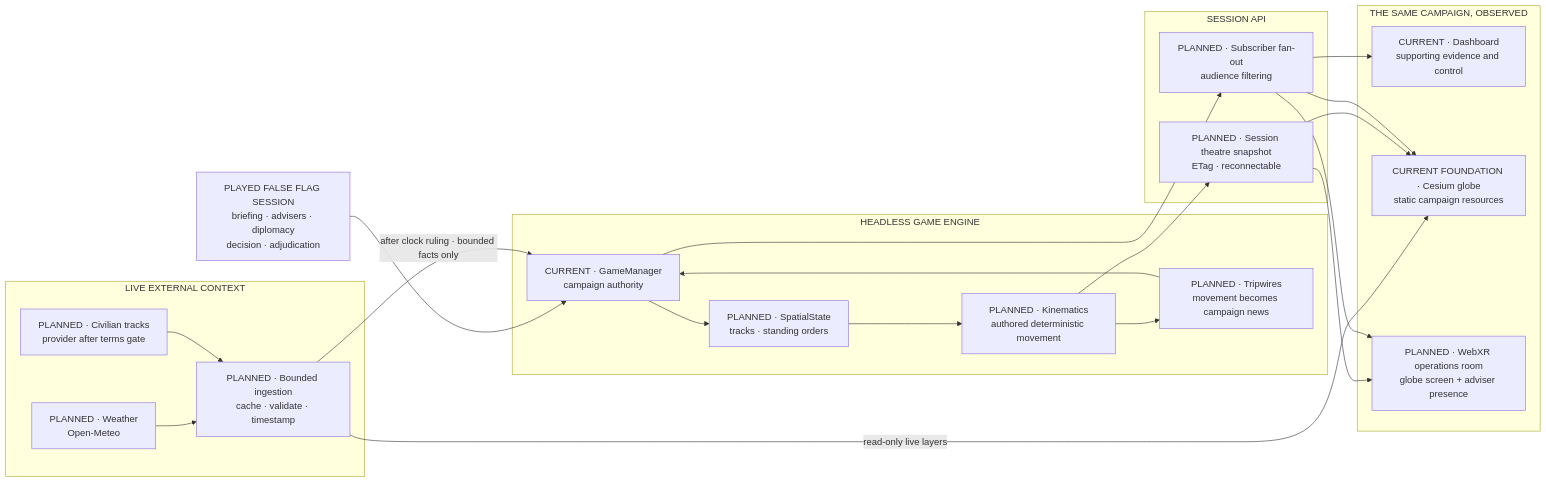
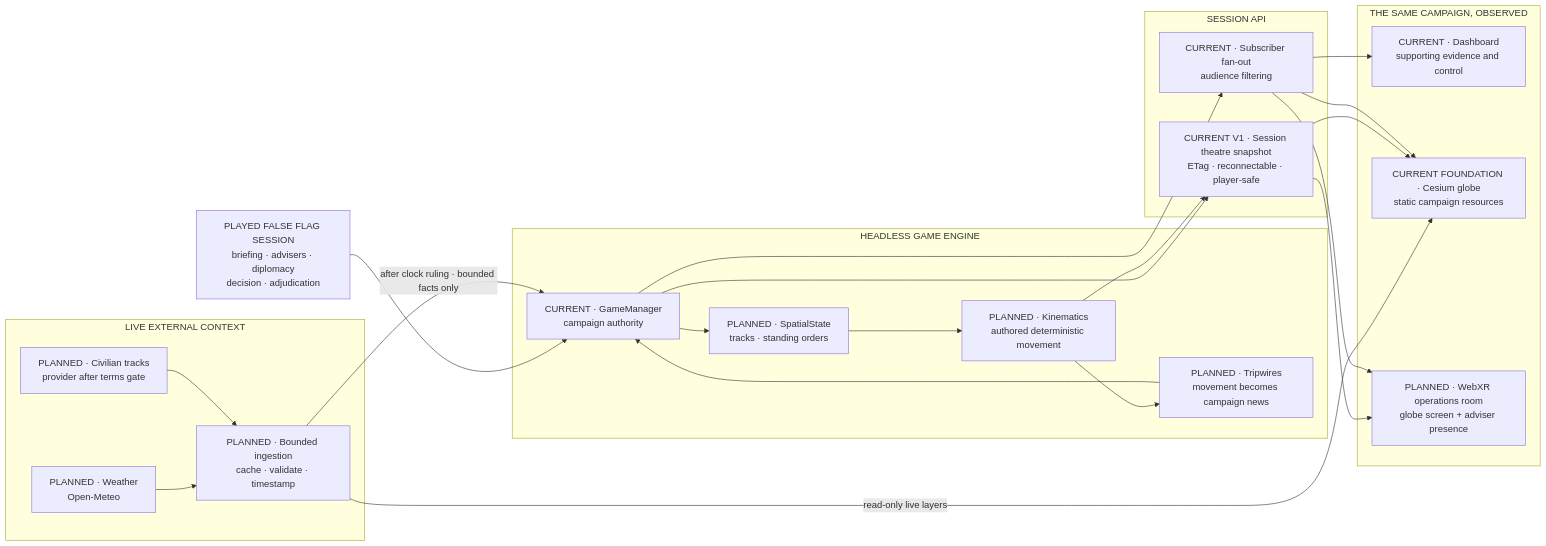
One commit to earlyprototype/false-flag changed the first of 6 diagrams in docs/XR_GLOBE_COMPONENT_MAP.md. Above: the diagram before and after it, drawn with Mermaid. The commit also changed 11 other files, not shown here.

Commit message:
feat: publish session theatre snapshot

````diff
--- a/docs/XR_GLOBE_COMPONENT_MAP.md
+++ b/docs/XR_GLOBE_COMPONENT_MAP.md
@@ -9,42 +9,43 @@
 ```mermaid
 flowchart LR
   PLAYER["PLAYED FALSE FLAG SESSION\nbriefing · advisers · diplomacy\ndecision · adjudication"]
 
   subgraph ENGINE["HEADLESS GAME ENGINE"]
     GM["CURRENT · GameManager\ncampaign authority"]
     SPATIAL["PLANNED · SpatialState\ntracks · standing orders"]
     KIN["PLANNED · Kinematics\nauthored deterministic movement"]
     TRIP["PLANNED · Tripwires\nmovement becomes campaign news"]
   end
 
   subgraph LIVE["LIVE EXTERNAL CONTEXT"]
     WX["PLANNED · Weather\nOpen-Meteo"]
     CIV["PLANNED · Civilian tracks\nprovider after terms gate"]
     INGEST["PLANNED · Bounded ingestion\ncache · validate · timestamp"]
   end
 
   subgraph API["SESSION API"]
-    SNAP["PLANNED · Session theatre snapshot\nETag · reconnectable"]
-    FAN["PLANNED · Subscriber fan-out\naudience filtering"]
+    SNAP["CURRENT V1 · Session theatre snapshot\nETag · reconnectable · player-safe"]
+    FAN["CURRENT · Subscriber fan-out\naudience filtering"]
   end
 
   subgraph SURFACES["THE SAME CAMPAIGN, OBSERVED"]
     DASH["CURRENT · Dashboard\nsupporting evidence and control"]
     GLOBE["CURRENT FOUNDATION · Cesium globe\nstatic campaign resources"]
     VR["PLANNED · WebXR operations room\nglobe screen + adviser presence"]
   end
 
   PLAYER --> GM
+  GM --> SNAP
   GM --> SPATIAL --> KIN --> SNAP
   KIN --> TRIP --> GM
   GM --> FAN
   WX --> INGEST
   CIV --> INGEST
   INGEST -->|"after clock ruling · bounded facts only"| GM
   INGEST -->|"read-only live layers"| GLOBE
   SNAP --> GLOBE
   SNAP --> VR
   FAN --> DASH
   FAN --> GLOBE
   FAN --> VR
 ```
````
